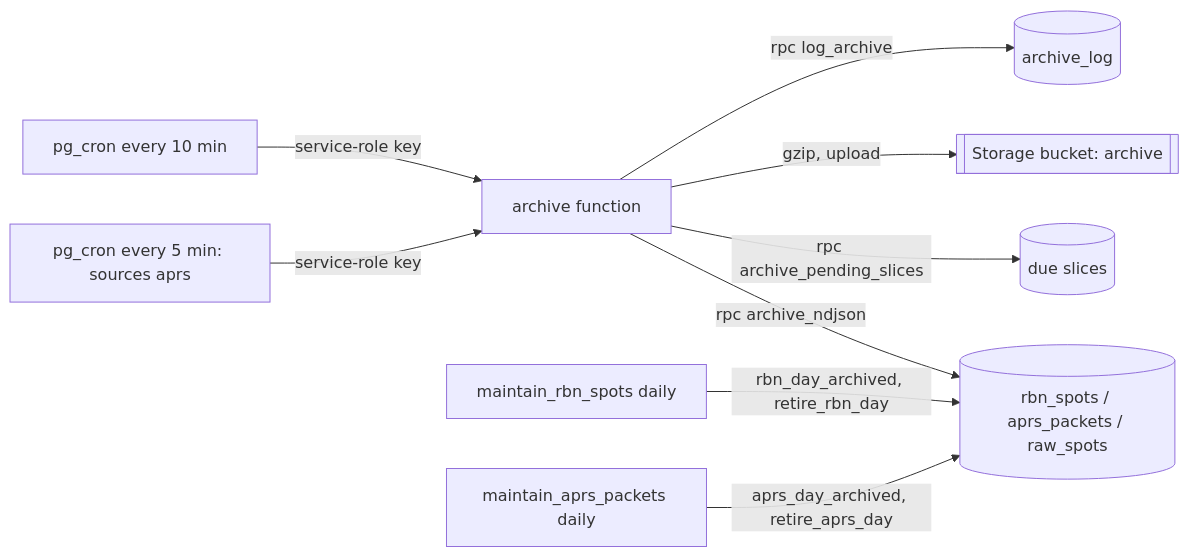
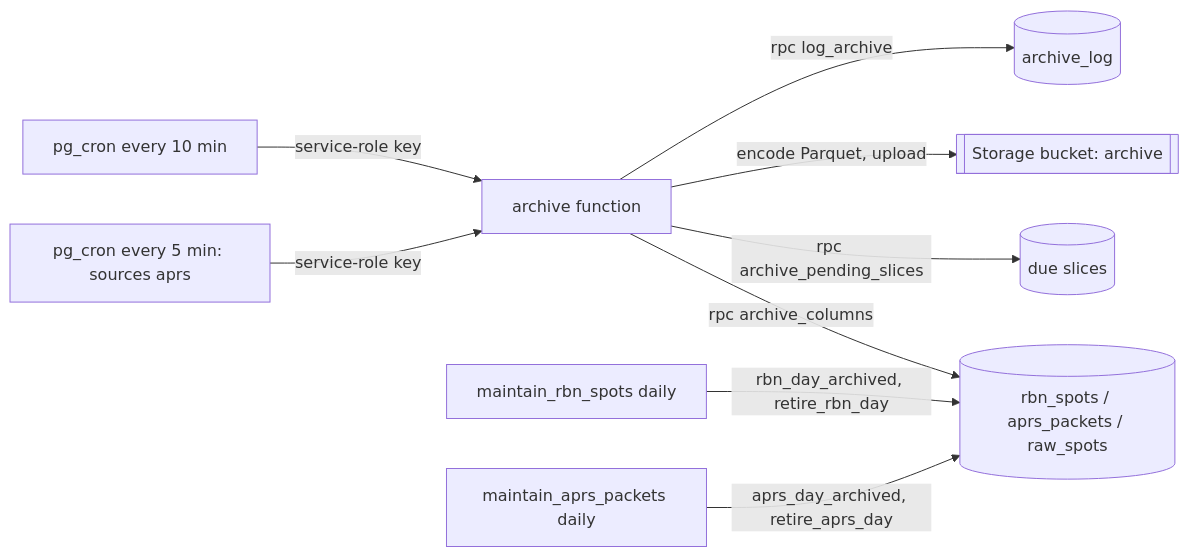
Before and after one commit to johnsonm/longlines: the sixth of 11 diagrams in docs/ARCHITECTURE.md, drawn with Mermaid. The commit also changed other lines of this file and 21 other files, not shown here.

First line of the commit message:
Archive: Parquet per slice in Hive-style source/year/month/day folders

````diff
--- a/docs/ARCHITECTURE.md
+++ b/docs/ARCHITECTURE.md
@@ -509,11 +509,11 @@
 ```mermaid
 flowchart LR
   CRON[pg_cron every 10 min] -- "service-role key" --> A[archive function]
   CRONA[pg_cron every 5 min: sources aprs] -- "service-role key" --> A
   A -- "rpc archive_pending_slices" --> P[(due slices)]
-  A -- "rpc archive_ndjson" --> N[(rbn_spots / aprs_packets / raw_spots)]
-  A -- "gzip, upload" --> S[[Storage bucket: archive]]
+  A -- "rpc archive_columns" --> N[(rbn_spots / aprs_packets / raw_spots)]
+  A -- "encode Parquet, upload" --> S[[Storage bucket: archive]]
   A -- "rpc log_archive" --> L[(archive_log)]
   M[maintain_rbn_spots daily] -- "rbn_day_archived, retire_rbn_day" --> N
   MA[maintain_aprs_packets daily] -- "aprs_day_archived, retire_aprs_day" --> N
 ```
````
